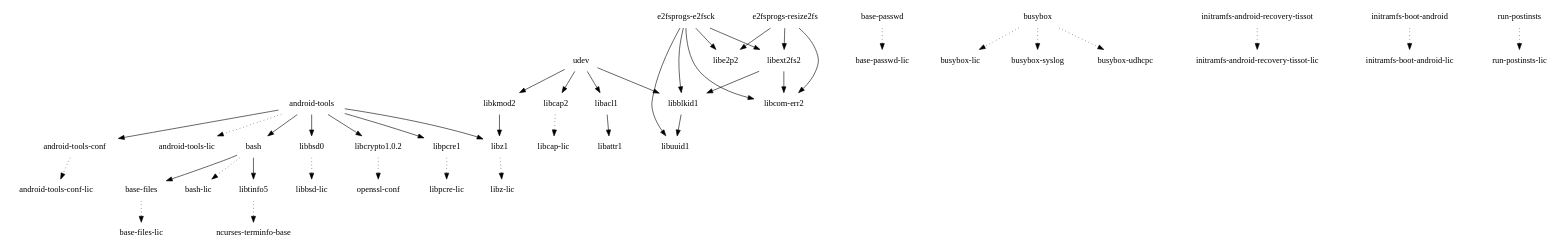
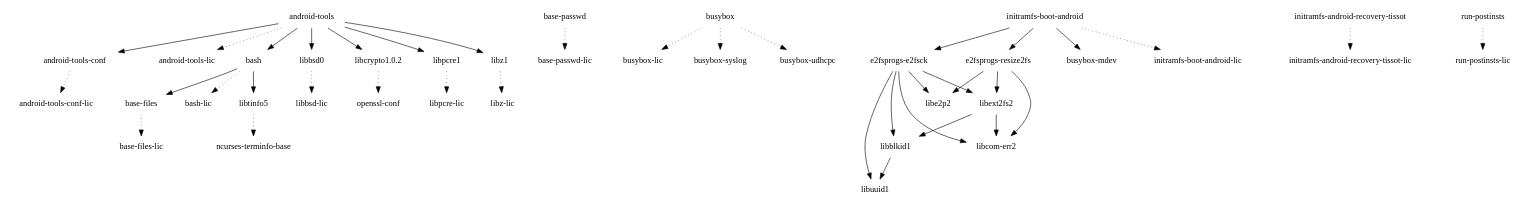
One commit to webOS-ports/buildhistory changed the diagram in images/tissot/glibc/initramfs-android-image/depends-nokernel-nolibc-noupdate.dot. Above: the diagram before and after it, drawn with Graphviz. The commit also changed 2590 other files, not shown here.

```diff
--- a/images/tissot/glibc/initramfs-android-image/depends-nokernel-nolibc-noupdate.dot
+++ b/images/tissot/glibc/initramfs-android-image/depends-nokernel-nolibc-noupdate.dot
@@ -1,45 +1,41 @@
 digraph depends {
     node [shape=plaintext]
 "android-tools" -> "android-tools-conf"
 "android-tools" -> "android-tools-lic" [style=dotted]
 "android-tools" -> "bash"
 "android-tools-conf" -> "android-tools-conf-lic" [style=dotted]
 "android-tools" -> "libbsd0"
 "android-tools" -> "libcrypto1.0.2"
 "android-tools" -> "libpcre1"
 "android-tools" -> "libz1"
 "base-files" -> "base-files-lic" [style=dotted]
 "base-passwd" -> "base-passwd-lic" [style=dotted]
 "bash" -> "base-files"
 "bash" -> "bash-lic" [style=dotted]
 "bash" -> "libtinfo5"
 "busybox" -> "busybox-lic" [style=dotted]
 "busybox" -> "busybox-syslog" [style=dotted]
 "busybox" -> "busybox-udhcpc" [style=dotted]
 "e2fsprogs-e2fsck" -> "libblkid1"
 "e2fsprogs-e2fsck" -> "libcom-err2"
 "e2fsprogs-e2fsck" -> "libe2p2"
 "e2fsprogs-e2fsck" -> "libext2fs2"
 "e2fsprogs-e2fsck" -> "libuuid1"
 "e2fsprogs-resize2fs" -> "libcom-err2"
 "e2fsprogs-resize2fs" -> "libe2p2"
 "e2fsprogs-resize2fs" -> "libext2fs2"
 "initramfs-android-recovery-tissot" -> "initramfs-android-recovery-tissot-lic" [style=dotted]
+"initramfs-boot-android" -> "busybox-mdev"
+"initramfs-boot-android" -> "e2fsprogs-e2fsck"
+"initramfs-boot-android" -> "e2fsprogs-resize2fs"
 "initramfs-boot-android" -> "initramfs-boot-android-lic" [style=dotted]
-"libacl1" -> "libattr1"
 "libblkid1" -> "libuuid1"
 "libbsd0" -> "libbsd-lic" [style=dotted]
-"libcap2" -> "libcap-lic" [style=dotted]
 "libcrypto1.0.2" -> "openssl-conf" [style=dotted]
 "libext2fs2" -> "libblkid1"
 "libext2fs2" -> "libcom-err2"
-"libkmod2" -> "libz1"
 "libpcre1" -> "libpcre-lic" [style=dotted]
 "libtinfo5" -> "ncurses-terminfo-base" [style=dotted]
 "libz1" -> "libz-lic" [style=dotted]
 "run-postinsts" -> "run-postinsts-lic" [style=dotted]
-"udev" -> "libacl1"
-"udev" -> "libblkid1"
-"udev" -> "libcap2"
-"udev" -> "libkmod2"
 }
```
